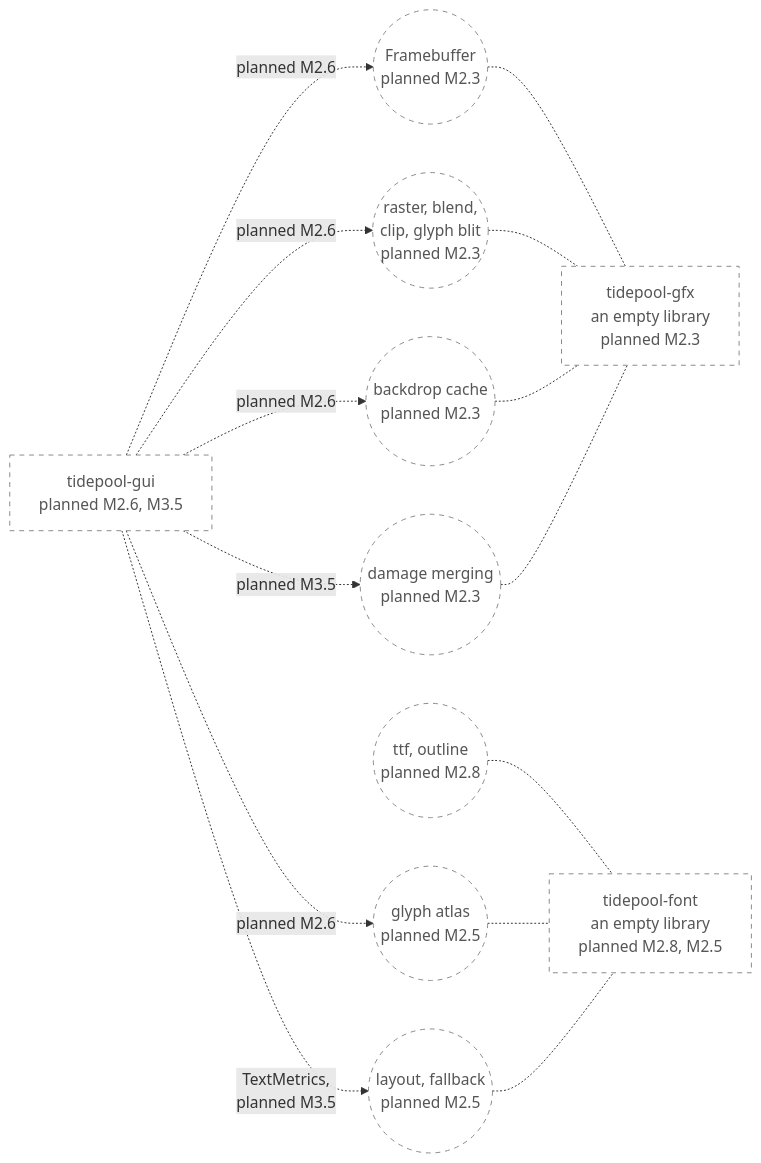
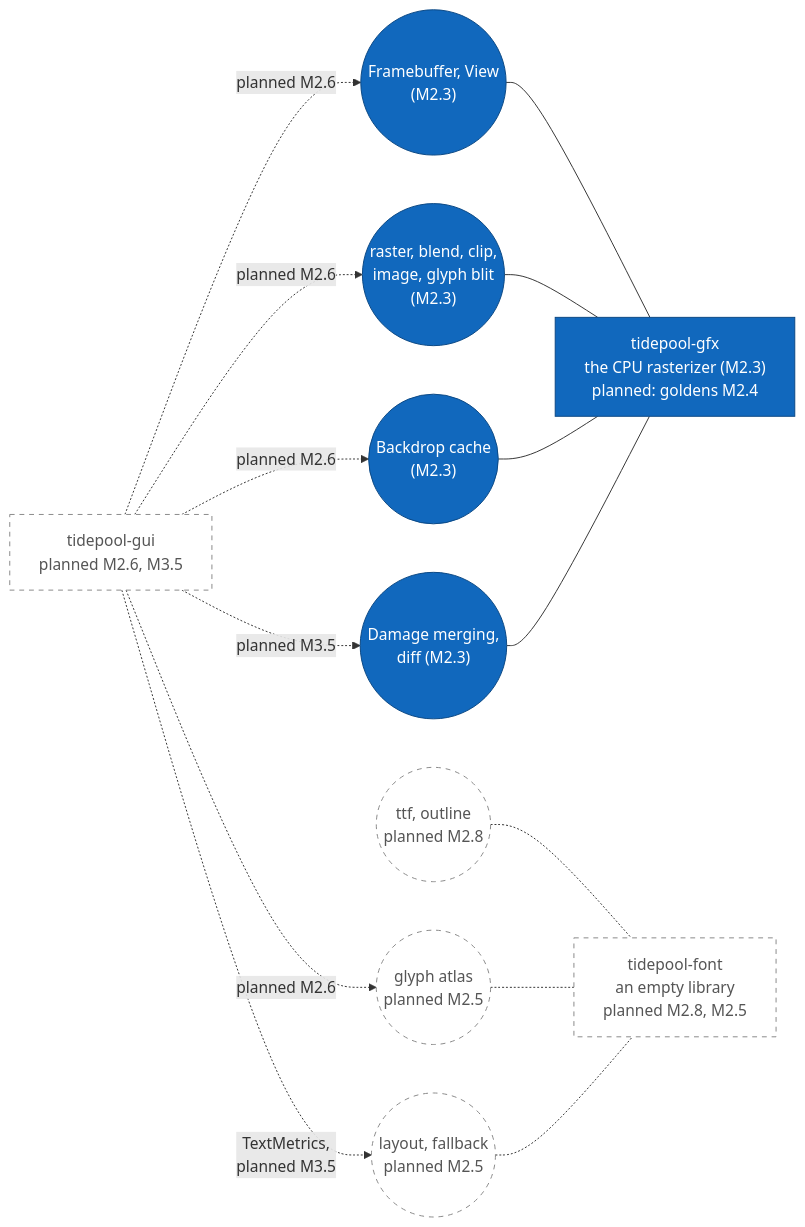
Before and after one commit to jabbott-iii/Tidepool: the tenth of 21 diagrams in diagrams/component-diagrams.md, drawn with Mermaid. The commit also changed other lines of this file and 28 other files, not shown here.

First line of the commit message:
gfx: rasterizer, blending, clipping, damage, backdrop (M2.3)

````diff
--- a/diagrams/component-diagrams.md
+++ b/diagrams/component-diagrams.md
@@ -526,34 +531,36 @@
 ```mermaid
 flowchart LR
     c_gui["tidepool-gui<br/>planned M2.6, M3.5"]
 
-    i_fb(("Framebuffer<br/>planned M2.3"))
-    i_raster(("raster, blend,<br/>clip, glyph blit<br/>planned M2.3"))
-    i_backdrop(("backdrop cache<br/>planned M2.3"))
-    i_damage(("damage merging<br/>planned M2.3"))
-    c_gfx["tidepool-gfx<br/>an empty library<br/>planned M2.3"]
+    i_fb(("Framebuffer, View<br/>(M2.3)"))
+    i_raster(("raster, blend, clip,<br/>image, glyph blit<br/>(M2.3)"))
+    i_backdrop(("Backdrop cache<br/>(M2.3)"))
+    i_damage(("Damage merging,<br/>diff (M2.3)"))
+    c_gfx["tidepool-gfx<br/>the CPU rasterizer (M2.3)<br/>planned: goldens M2.4"]
 
     i_ttf(("ttf, outline<br/>planned M2.8"))
     i_atlas(("glyph atlas<br/>planned M2.5"))
     i_layout(("layout, fallback<br/>planned M2.5"))
     c_font["tidepool-font<br/>an empty library<br/>planned M2.8, M2.5"]
 
     c_gui -.->|"planned M2.6"| i_fb
     c_gui -.->|"planned M2.6"| i_raster
     c_gui -.->|"planned M2.6"| i_backdrop
     c_gui -.->|"planned M3.5"| i_damage
     c_gui -.->|"planned M2.6"| i_atlas
     c_gui -.->|"TextMetrics,<br/>planned M3.5"| i_layout
 
-    i_fb -.- c_gfx
-    i_raster -.- c_gfx
-    i_backdrop -.- c_gfx
-    i_damage -.- c_gfx
+    i_fb --- c_gfx
+    i_raster --- c_gfx
+    i_backdrop --- c_gfx
+    i_damage --- c_gfx
     i_ttf -.- c_font
     i_atlas -.- c_font
     i_layout -.- c_font
 
+    classDef built fill:#1168bd,stroke:#0b4884,color:#ffffff
     classDef planned fill:#ffffff,stroke:#888888,stroke-dasharray: 5 5,color:#555555
-    class c_gui,c_gfx,c_font planned
-    class i_fb,i_raster,i_backdrop,i_damage,i_ttf,i_atlas,i_layout planned
+    class c_gfx,i_fb,i_raster,i_backdrop,i_damage built
+    class c_gui,c_font planned
+    class i_ttf,i_atlas,i_layout planned
 ```
````
